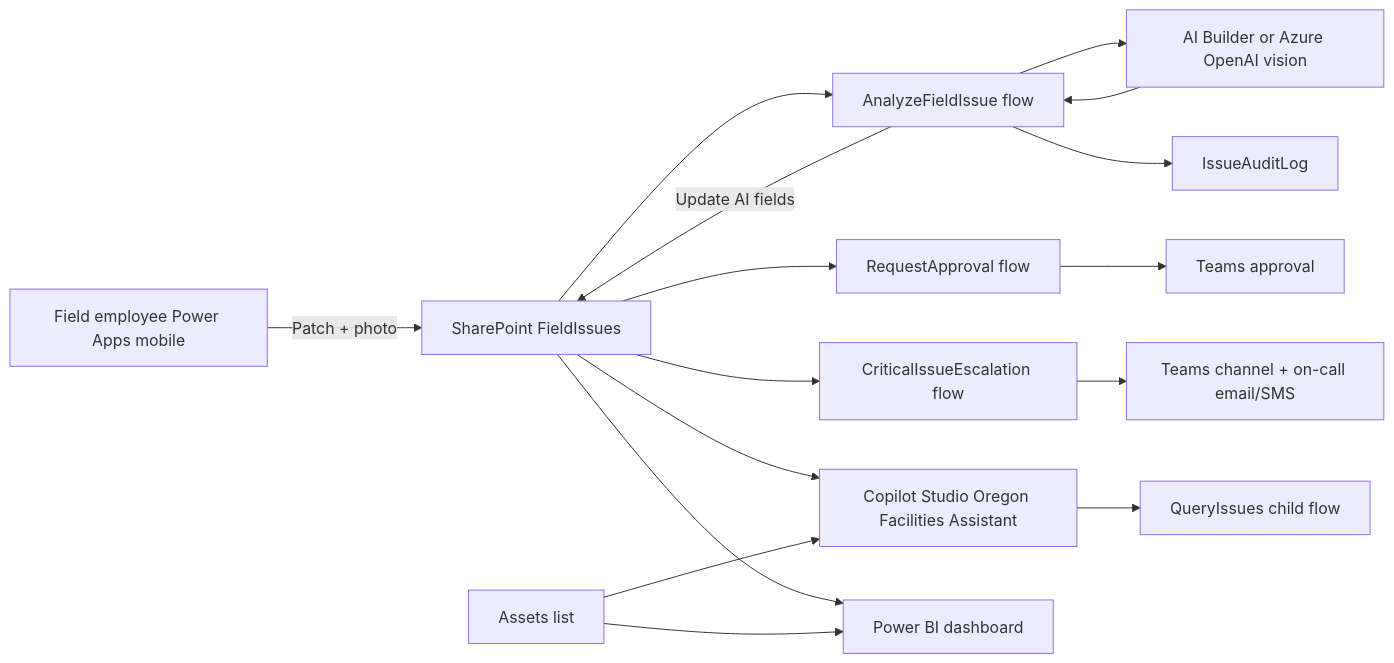
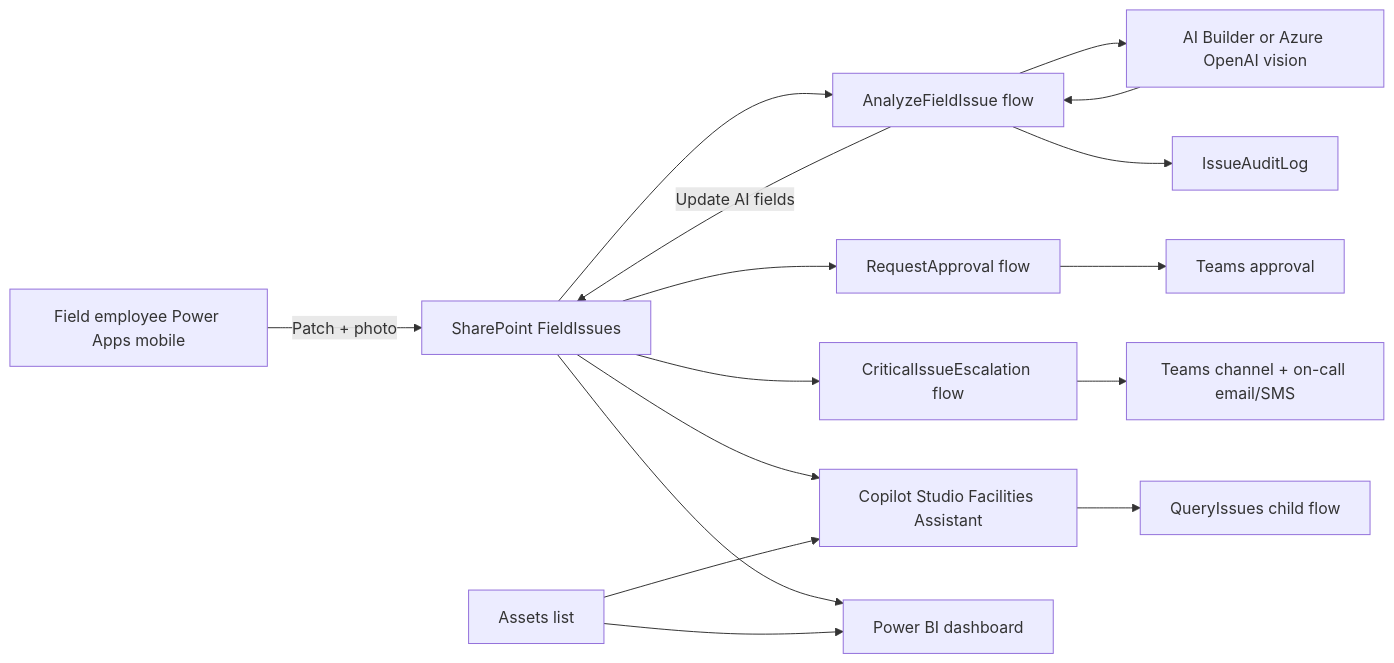
One commit to MSPFE2019/Power-Platform-Field-Inspection-Demo changed the diagram in demo/ARCHITECTURE.md. Above: the diagram before and after it, drawn with Mermaid. The commit also changed other lines of this file and 20 other files, not shown here.

````diff
--- a/demo/ARCHITECTURE.md
+++ b/demo/ARCHITECTURE.md
@@ -5,18 +5,18 @@
 ```mermaid
 flowchart LR
   A[Field employee Power Apps mobile] -->|Patch + photo| B[SharePoint FieldIssues]
   B --> C[AnalyzeFieldIssue flow]
   C --> D[AI Builder or Azure OpenAI vision]
   D --> C
   C -->|Update AI fields| B
   C --> E[IssueAuditLog]
   B --> F[RequestApproval flow]
   F --> G[Teams approval]
   B --> H[CriticalIssueEscalation flow]
   H --> I[Teams channel + on-call email/SMS]
-  B --> J[Copilot Studio Oregon Facilities Assistant]
+  B --> J[Copilot Studio Facilities Assistant]
   J --> K[QueryIssues child flow]
   B --> L[Power BI dashboard]
   M[Assets list] --> J
   M --> L
 ```
````
